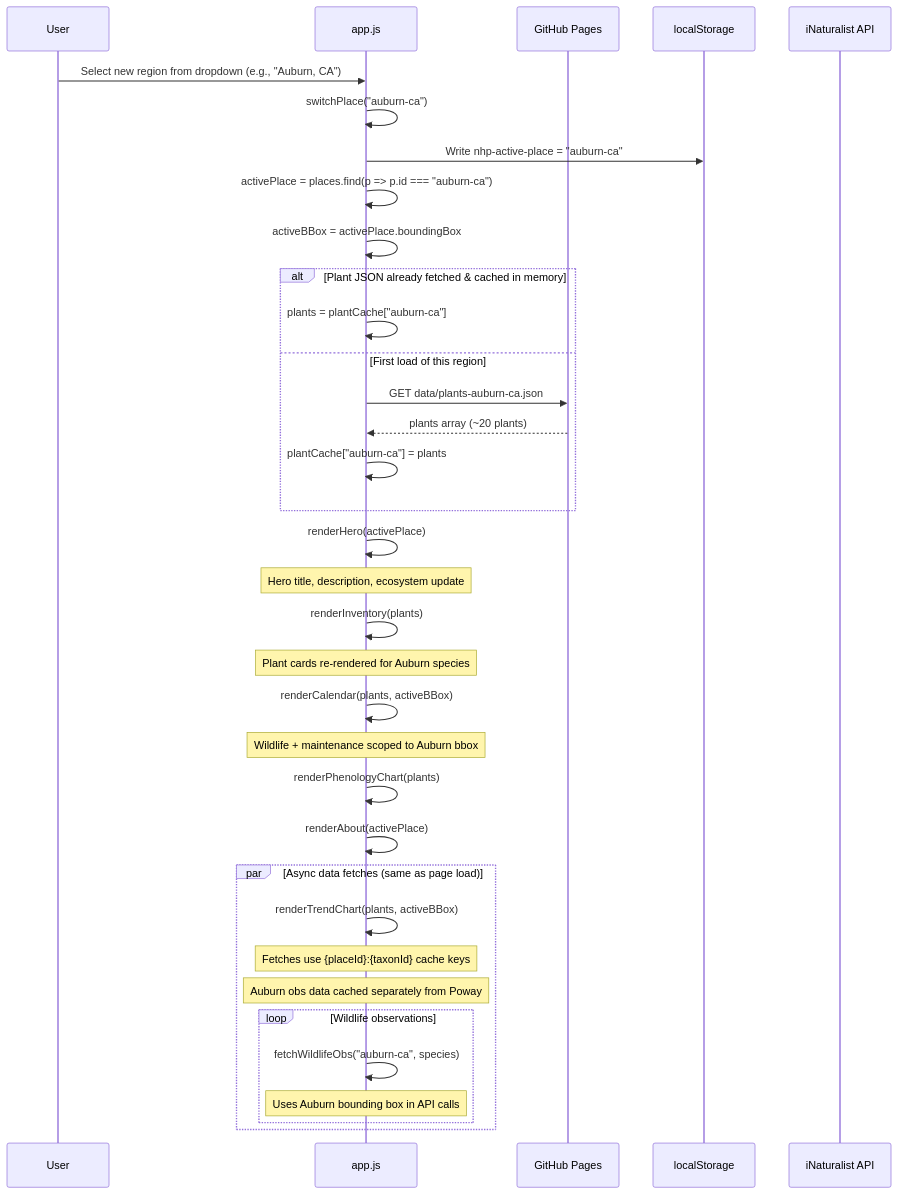
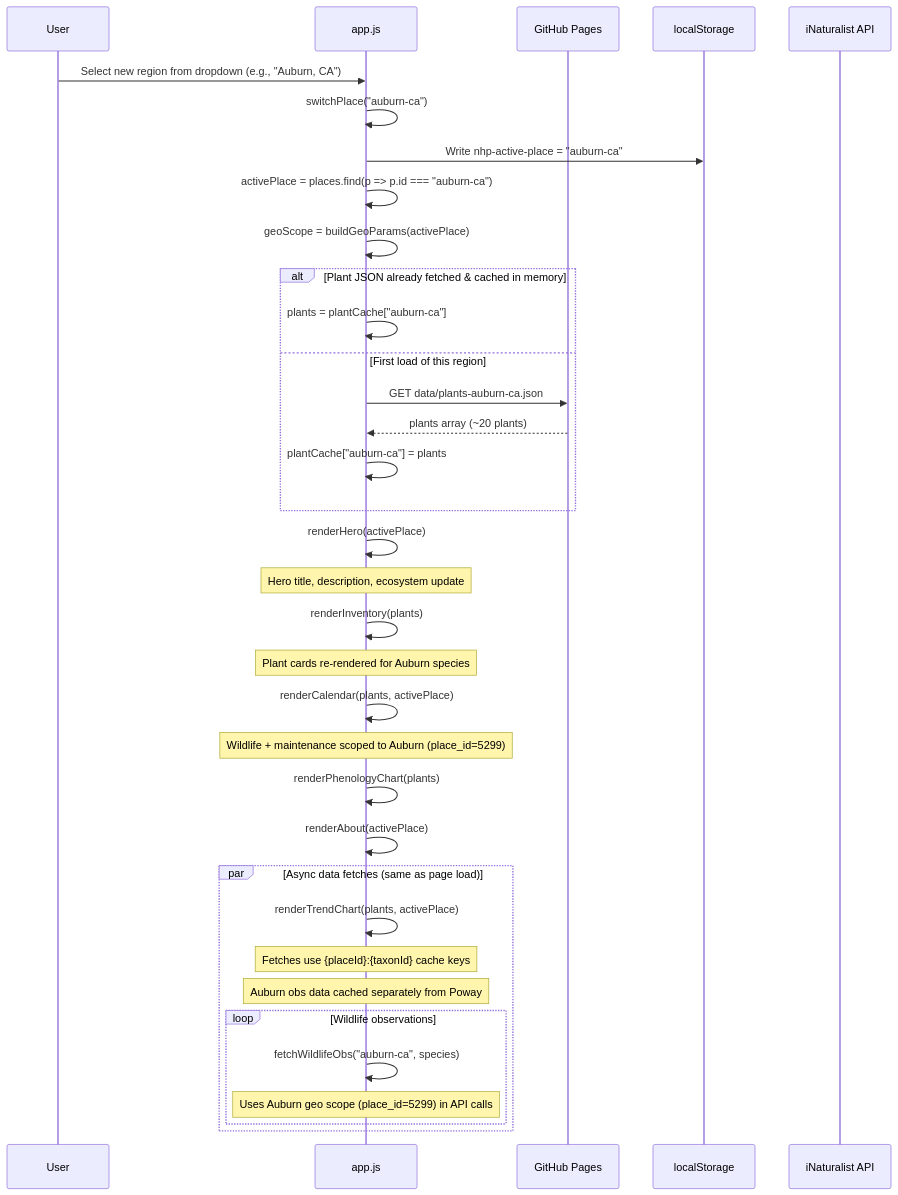
The fourth of 8 diagrams in docs/tech-design.md (chetanddesai/native-habitat-planner), drawn with Mermaid before and after one commit. The commit also changed other lines of this file and 4 other files, not shown here.

````diff
--- a/docs/tech-design.md
+++ b/docs/tech-design.md
@@ -304,46 +305,46 @@
 ```mermaid
 sequenceDiagram
     participant U as User
     participant JS as app.js
     participant S as GitHub Pages
     participant LS as localStorage
     participant iNat as iNaturalist API
 
     U->>JS: Select new region from dropdown (e.g., "Auburn, CA")
     JS->>JS: switchPlace("auburn-ca")
 
     JS->>LS: Write nhp-active-place = "auburn-ca"
     JS->>JS: activePlace = places.find(p => p.id === "auburn-ca")
-    JS->>JS: activeBBox = activePlace.boundingBox
+    JS->>JS: geoScope = buildGeoParams(activePlace)
 
     alt Plant JSON already fetched & cached in memory
         JS->>JS: plants = plantCache["auburn-ca"]
     else First load of this region
         JS->>S: GET data/plants-auburn-ca.json
         S-->>JS: plants array (~20 plants)
         JS->>JS: plantCache["auburn-ca"] = plants
     end
 
     JS->>JS: renderHero(activePlace)
     Note over JS: Hero title, description, ecosystem update
 
     JS->>JS: renderInventory(plants)
     Note over JS: Plant cards re-rendered for Auburn species
 
-    JS->>JS: renderCalendar(plants, activeBBox)
-    Note over JS: Wildlife + maintenance scoped to Auburn bbox
+    JS->>JS: renderCalendar(plants, activePlace)
+    Note over JS: Wildlife + maintenance scoped to Auburn (place_id=5299)
 
     JS->>JS: renderPhenologyChart(plants)
     JS->>JS: renderAbout(activePlace)
 
     par Async data fetches (same as page load)
-        JS->>JS: renderTrendChart(plants, activeBBox)
+        JS->>JS: renderTrendChart(plants, activePlace)
         Note over JS: Fetches use {placeId}:{taxonId} cache keys
         Note over JS: Auburn obs data cached separately from Poway
 
         loop Wildlife observations
             JS->>JS: fetchWildlifeObs("auburn-ca", species)
-            Note over JS: Uses Auburn bounding box in API calls
+            Note over JS: Uses Auburn geo scope (place_id=5299) in API calls
         end
     end
 ```
````
